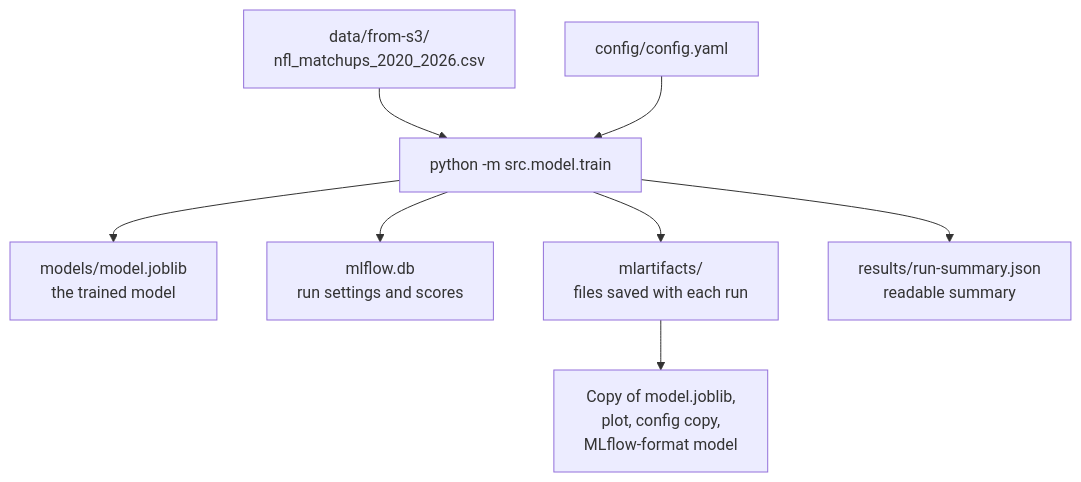
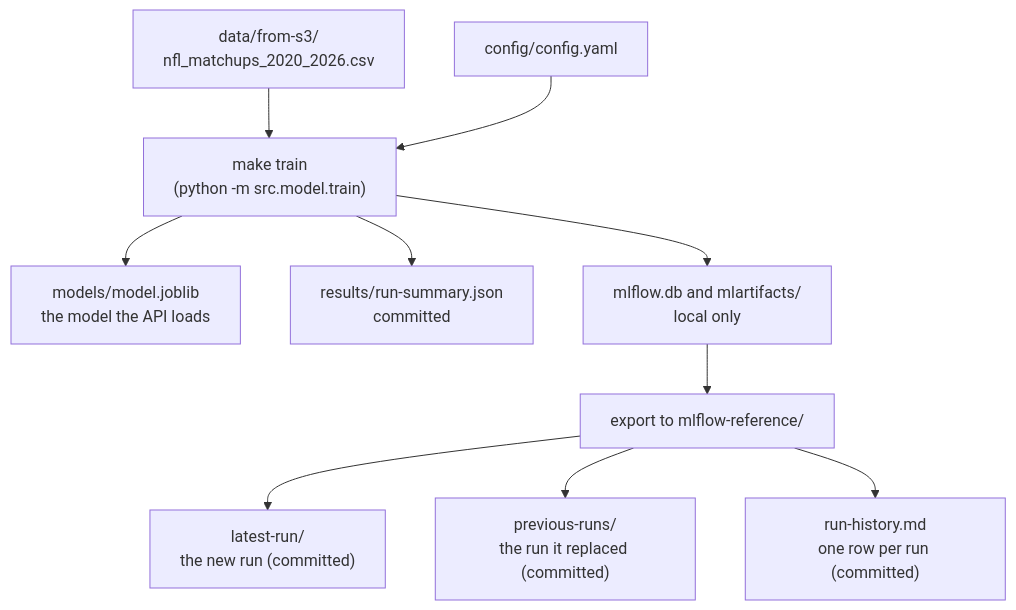
Before and after one commit to jconnors23/510-m3-nfl-prediction-analytics: the first of 2 diagrams in docs/implementation/phase-2/development-guide.md, drawn with Mermaid. The commit also changed other lines of this file and 16 other files, not shown here.

````diff
--- a/docs/implementation/phase-2/development-guide.md
+++ b/docs/implementation/phase-2/development-guide.md
@@ -85,10 +20,12 @@
 ```mermaid
 flowchart TB
-    A["data/from-s3/<br/>nfl_matchups_2020_2026.csv"] --> B["python -m src.model.train"]
-    C["config/config.yaml"] --> B
-    B --> D["models/model.joblib<br/>the trained model"]
-    B --> E["mlflow.db<br/>run settings and scores"]
-    B --> F["mlartifacts/<br/>files saved with each run"]
-    B --> G["results/run-summary.json<br/>readable summary"]
-    F --> H["Copy of model.joblib,<br/>plot, config copy,<br/>MLflow-format model"]
+    A["data/from-s3/<br/>nfl_matchups_2020_2026.csv"] --> C["make train<br/>(python -m src.model.train)"]
+    S["config/config.yaml"] --> C
+    C --> D["models/model.joblib<br/>the model the API loads"]
+    C --> E["results/run-summary.json<br/>committed"]
+    C --> F["mlflow.db and mlartifacts/<br/>local only"]
+    F --> X["export to mlflow-reference/"]
+    X --> L["latest-run/<br/>the new run (committed)"]
+    X --> P["previous-runs/<br/>the run it replaced (committed)"]
+    X --> H["run-history.md<br/>one row per run (committed)"]
 ```
````
